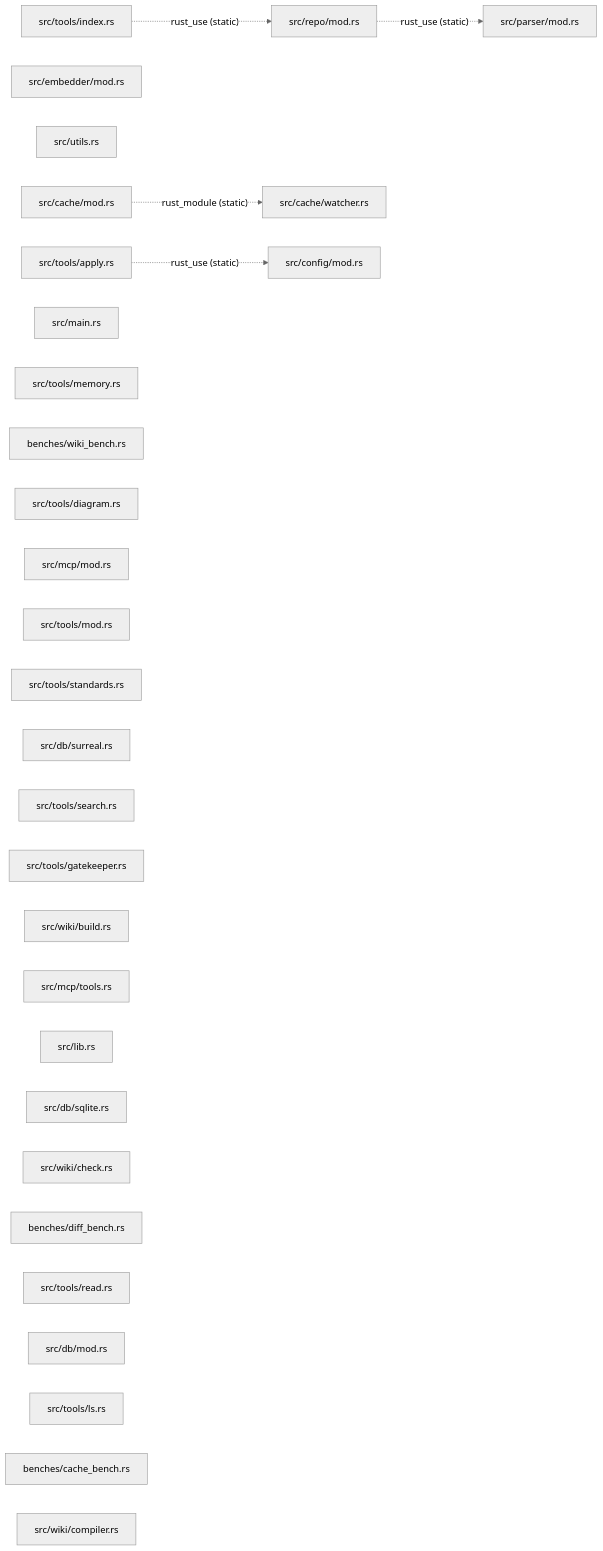
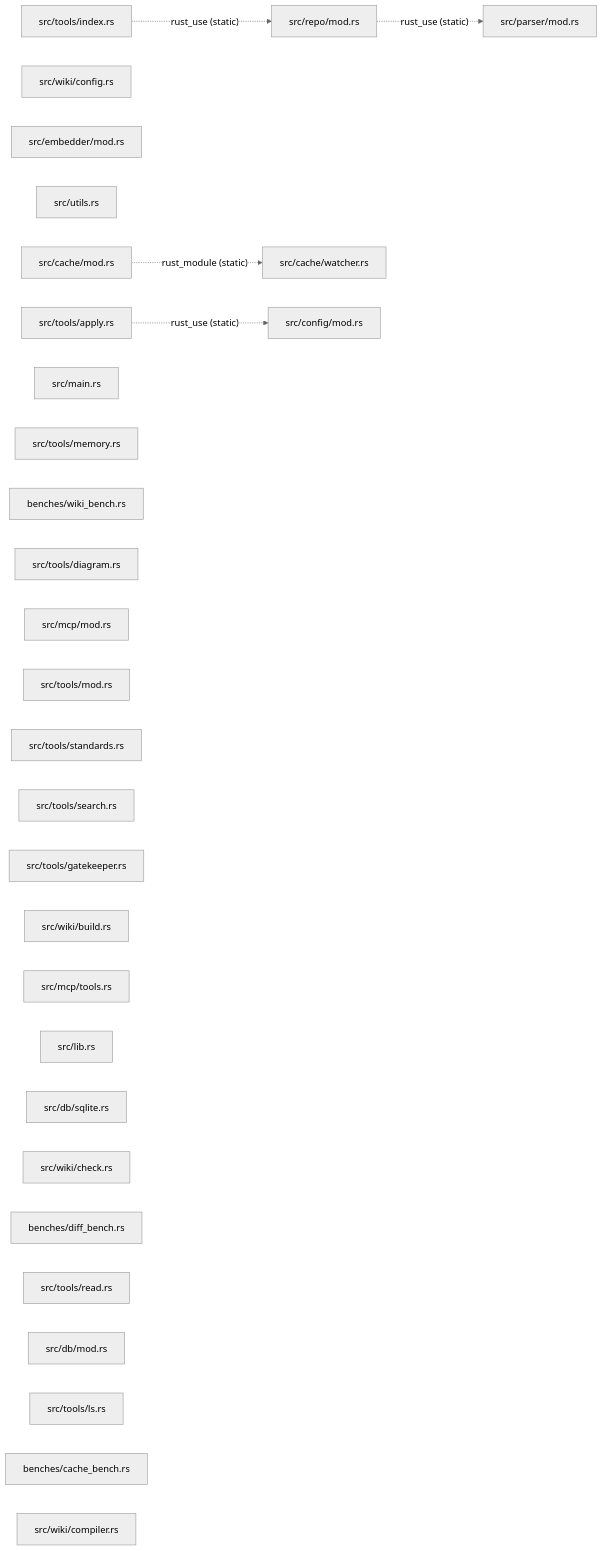
One commit to NMA-vc/klaar changed the third of 4 diagrams in .klaar/wiki/technical/architecture.md. Above: the diagram before and after it, drawn with Mermaid (neutral theme). The commit also changed other lines of this file and 24 other files, not shown here.

````diff
--- a/.klaar/wiki/technical/architecture.md
+++ b/.klaar/wiki/technical/architecture.md
@@ -113,37 +113,37 @@
 ```mermaid
 flowchart LR
-  f16["src/tools/apply.rs"]
-  f9["src/embedder/mod.rs"]
-  f26["src/utils.rs"]
-  f15["src/repo/mod.rs"]
+  f15["src/tools/apply.rs"]
+  f29["src/wiki/config.rs"]
+  f8["src/embedder/mod.rs"]
+  f25["src/utils.rs"]
+  f14["src/repo/mod.rs"]
   f3["src/cache/mod.rs"]
-  f19["src/tools/index.rs"]
-  f11["src/main.rs"]
-  f21["src/tools/memory.rs"]
+  f18["src/tools/index.rs"]
+  f10["src/main.rs"]
+  f20["src/tools/memory.rs"]
   f2["benches/wiki_bench.rs"]
-  f17["src/tools/diagram.rs"]
-  f12["src/mcp/mod.rs"]
-  f22["src/tools/mod.rs"]
-  f25["src/tools/standards.rs"]
-  f8["src/db/surreal.rs"]
-  f24["src/tools/search.rs"]
-  f18["src/tools/gatekeeper.rs"]
-  f27["src/wiki/build.rs"]
-  f13["src/mcp/tools.rs"]
+  f16["src/tools/diagram.rs"]
+  f11["src/mcp/mod.rs"]
+  f21["src/tools/mod.rs"]
+  f24["src/tools/standards.rs"]
+  f23["src/tools/search.rs"]
+  f17["src/tools/gatekeeper.rs"]
+  f26["src/wiki/build.rs"]
+  f12["src/mcp/tools.rs"]
   f4["src/cache/watcher.rs"]
   f5["src/config/mod.rs"]
-  f10["src/lib.rs"]
+  f9["src/lib.rs"]
   f7["src/db/sqlite.rs"]
-  f28["src/wiki/check.rs"]
+  f27["src/wiki/check.rs"]
   f1["benches/diff_bench.rs"]
-  f23["src/tools/read.rs"]
+  f22["src/tools/read.rs"]
   f6["src/db/mod.rs"]
-  f20["src/tools/ls.rs"]
+  f19["src/tools/ls.rs"]
   f0["benches/cache_bench.rs"]
-  f29["src/wiki/compiler.rs"]
-  f14["src/parser/mod.rs"]
-  f16 -. "rust_use (static)" .-> f5
-  f15 -. "rust_use (static)" .-> f14
+  f28["src/wiki/compiler.rs"]
+  f13["src/parser/mod.rs"]
+  f15 -. "rust_use (static)" .-> f5
+  f14 -. "rust_use (static)" .-> f13
   f3 -. "rust_module (static)" .-> f4
-  f19 -. "rust_use (static)" .-> f15
+  f18 -. "rust_use (static)" .-> f14
 ```
````
